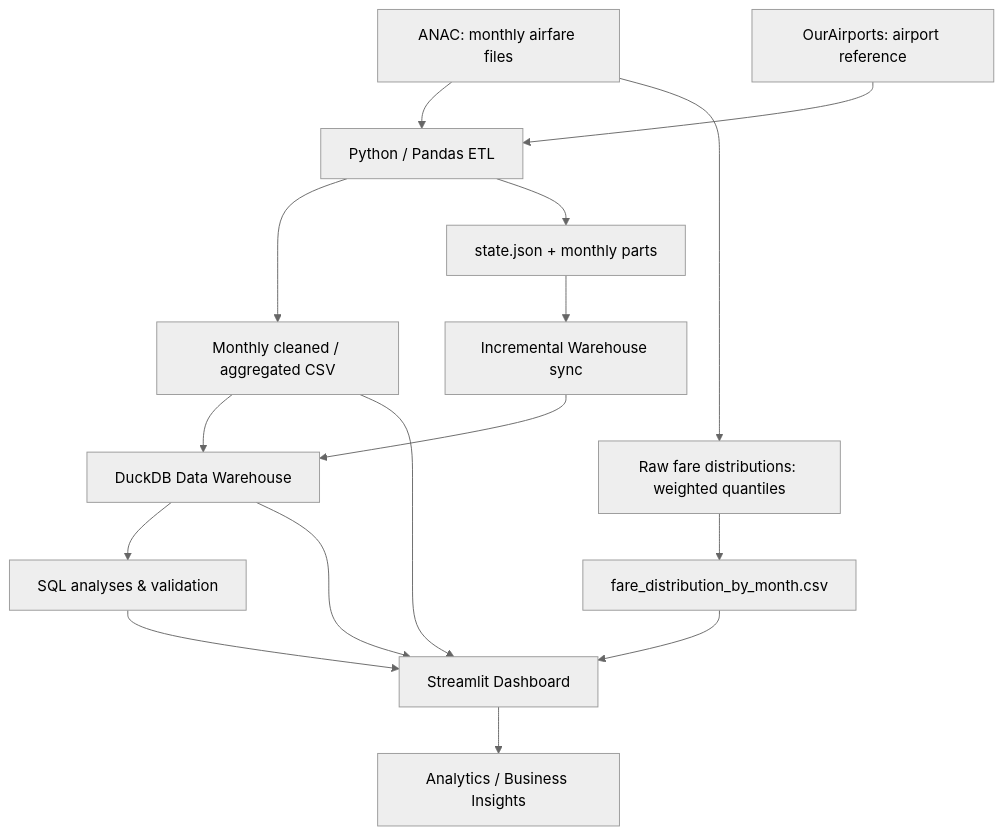
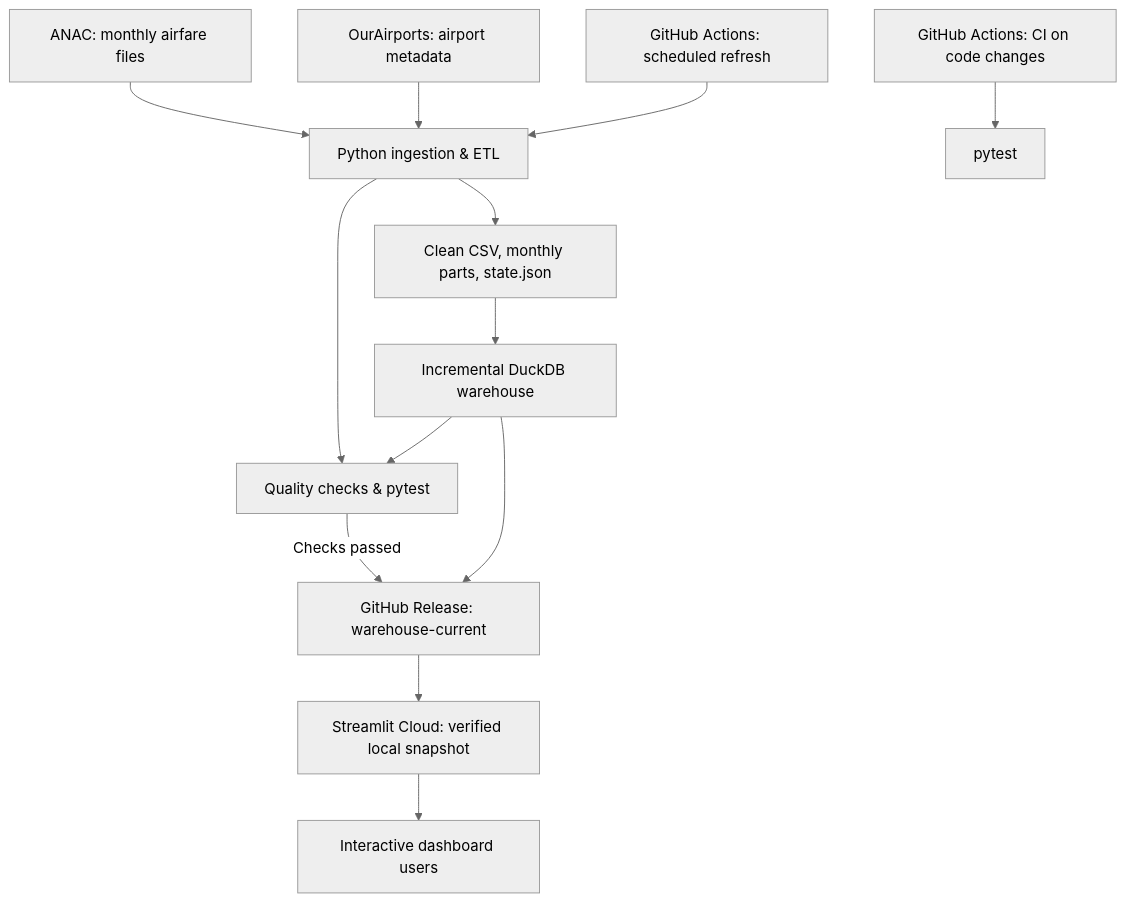
One commit to luong-nt/phan-tich-gia-ve-may-bay-va-xu-huong-du-lich-noi-dia-quoc-te-anac changed the diagram in README.md. Above: the diagram before and after it, drawn with Mermaid (neutral theme). The commit also changed other lines of this file, not shown here.

Commit message:
docs: update ANAC portfolio README

````diff
--- a/README.md
+++ b/README.md
@@ -56,18 +40,15 @@
 ```mermaid
 flowchart TD
-  A[ANAC: monthly airfare files] --> B[Python / Pandas ETL]
-  AP[OurAirports: airport reference] --> B
-  B --> C[Monthly cleaned / aggregated CSV]
-  B --> S[state.json + monthly parts]
-  C --> D[DuckDB Data Warehouse]
-  S --> I[Incremental Warehouse sync]
-  I --> D
-  A --> Q[Raw fare distributions: weighted quantiles]
-  Q --> F[fare_distribution_by_month.csv]
-  D --> E[SQL analyses & validation]
-  D --> G[Streamlit Dashboard]
-  C --> G
-  F --> G
-  E --> G
-  G --> H[Analytics / Business Insights]
+    A[ANAC: monthly airfare files] --> B[Python ingestion & ETL]
+    O[OurAirports: airport metadata] --> B
+    G[GitHub Actions: scheduled refresh] --> B
+    B --> C[Clean CSV, monthly parts, state.json]
+    C --> D[Incremental DuckDB warehouse]
+    B --> Q[Quality checks & pytest]
+    D --> Q
+    Q -->|Checks passed| R[GitHub Release: warehouse-current]
+    D --> R
+    R --> S[Streamlit Cloud: verified local snapshot]
+    S --> U[Interactive dashboard users]
+    T[GitHub Actions: CI on code changes] --> P[pytest]
 ```
````
